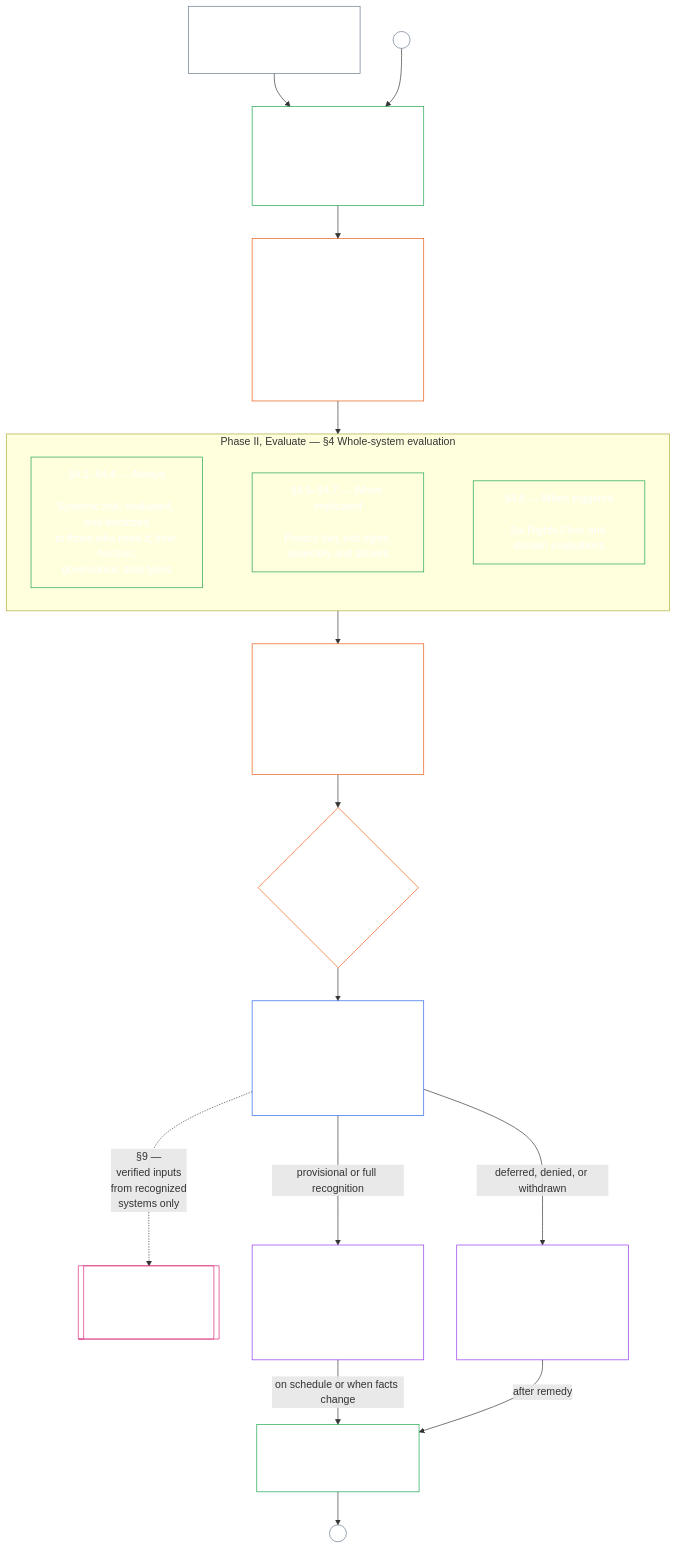
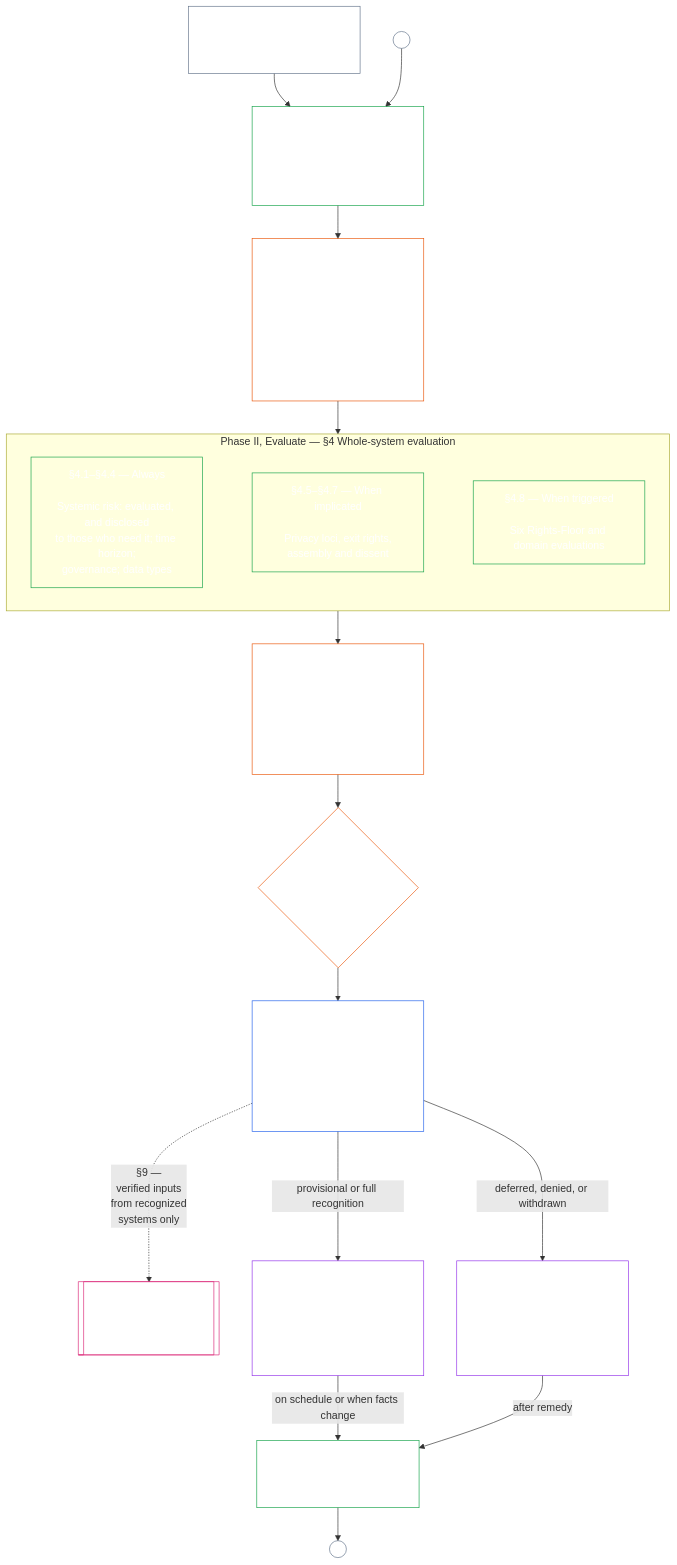
Before and after one commit to kfoelsch/Sentient_Constitution: the diagram in core_08_a_system_alignment_certification_evaluation.md, drawn with Mermaid. The commit also changed other lines of this file and 8 other files, not shown here.

First line of the commit message:
docs(ch08): one certification record throughout; align §5.2 with Decide and Record

````diff
--- a/core_08_a_system_alignment_certification_evaluation.md
+++ b/core_08_a_system_alignment_certification_evaluation.md
@@ -69,49 +69,49 @@
 ```mermaid
 flowchart TB
     T["System with material impact seeks recognition,<br/>or reliance on it grows"]
     C["Phase I, Frame — §2<br/>Classify honestly<br/><br/>Class sets depth and re-check schedule"]
     Ch["Phase I, Frame — §3<br/>Open the challenge path<br/><br/>As soon as the system has stakeholders, and<br/>named in the record before any sign-off;<br/>a credible challenge reopens review at §8"]
     subgraph W["Phase II, Evaluate — §4 Whole-system evaluation"]
         direction LR
         Al["§4.1–§4.4 — Always<br/><br/>Systemic risk: evaluated, and disclosed<br/>to those who need it; time horizon;<br/>governance; data types"]
         Im["§4.5–§4.7 — When implicated<br/><br/>Privacy loci, exit rights,<br/>assembly and dissent"]
         Tr["§4.8 — When triggered<br/><br/>Six Rights-Floor and domain evaluations"]
         Al ~~~ Im ~~~ Tr
     end
     F["Phase III, Review — §5<br/>Forum component findings<br/><br/>Roles, then supervisory sequence;<br/>the contestability chain runs alongside"]
-    Rec["Phase V, Record — §7<br/>One System Certification Record<br/><br/>States the outcome and everything behind it"]
+    Rec["Phase V, Record — §7<br/>One System Certification Record<br/><br/>Opened at the start; completed with the outcome<br/>and everything behind it"]
     S[["Chapter Nine — Standing<br/>records<br/><br/>Outside this chapter"]]
     O{"Phase IV, Decide — §6<br/>Outcome"}
     U["Reliance within stated limits<br/><br/>Provisional: shorter recertification clock<br/>Full: longer clock, earned only by clean recertification"]
     X["Remedy the defects<br/><br/>Response runs on the Chapter Twelve tier clocks<br/>Next recognition is provisional"]
     Re["Phase VI, Operate — §8<br/>Recertification, reopening,<br/>or fresh review"]
     T --> C
     A1((A)) --> C
     C --> Ch
     Ch --> W
     W --> F
     F --> O
     O --> Rec
     Rec -..->|§9 —<br/>verified inputs<br/>from recognized<br/>systems only| S
     Rec -->|provisional or full recognition| U
     Rec -->|deferred, denied, or withdrawn| X
     S ~~~ Re
     U -->|on schedule or when facts change| Re
     X -->|after remedy| Re
     Re --> A2((A))
     style T fill:none,stroke:#64748b,color:#ffffff
     style C fill:none,stroke:#16a34a,color:#ffffff
     style Ch fill:none,stroke:#ea580c,color:#ffffff
     style Al fill:none,stroke:#16a34a,color:#ffffff
     style Im fill:none,stroke:#16a34a,color:#ffffff
     style Tr fill:none,stroke:#16a34a,color:#ffffff
     style F fill:none,stroke:#ea580c,color:#ffffff
     style Rec fill:none,stroke:#2563eb,color:#ffffff
     style S fill:none,stroke:#db2777,color:#ffffff
     style O fill:none,stroke:#ea580c,color:#ffffff
     style U fill:none,stroke:#9333ea,color:#ffffff
     style X fill:none,stroke:#9333ea,color:#ffffff
     style Re fill:none,stroke:#16a34a,color:#ffffff
     style A1 fill:none,stroke:#64748b,color:#ffffff
     style A2 fill:none,stroke:#64748b,color:#ffffff
 ```
````
